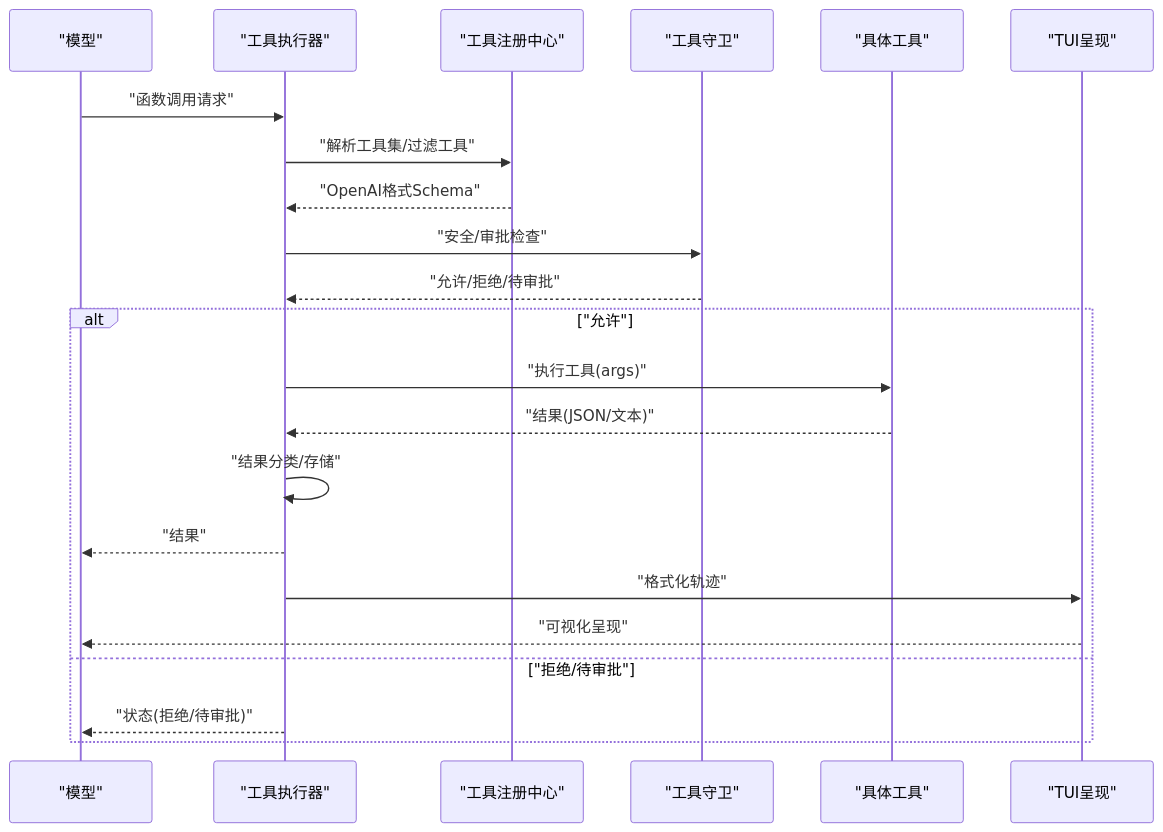
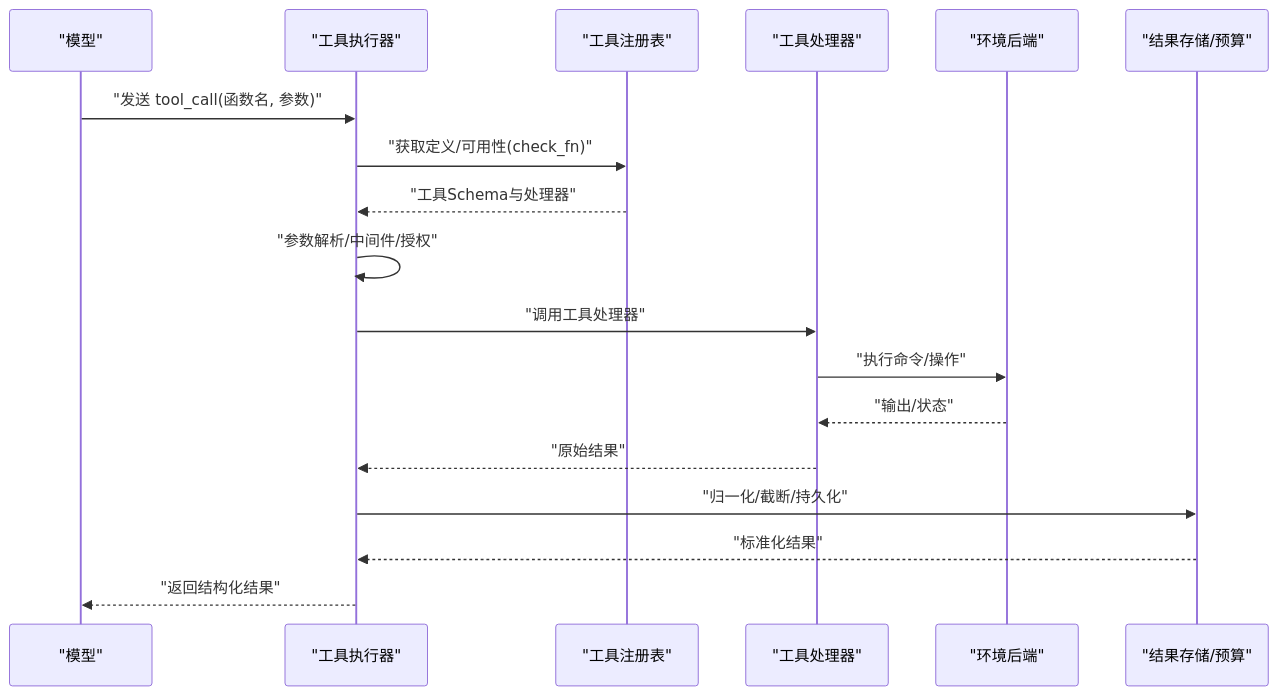
One commit to haolange/hermes-agent changed the second of 9 diagrams in .qoder/repowiki/zh/content/工具系统/工具系统.md. Above: the diagram before and after it, drawn with Mermaid. The commit also changed other lines of this file and 1206 other files, not shown here.

````diff
--- a/.qoder/repowiki/zh/content/工具系统/工具系统.md
+++ b/.qoder/repowiki/zh/content/工具系统/工具系统.md
@@ -154,24 +79,20 @@
 ```mermaid
 sequenceDiagram
-participant Model as "模型"
-participant Exec as "工具执行器"
-participant Reg as "工具注册中心"
-participant Guard as "工具守卫"
-participant Tool as "具体工具"
-participant UI as "TUI呈现"
-Model->>Exec : "函数调用请求"
-Exec->>Reg : "解析工具集/过滤工具"
-Reg-->>Exec : "OpenAI格式Schema"
-Exec->>Guard : "安全/审批检查"
-Guard-->>Exec : "允许/拒绝/待审批"
-alt "允许"
-Exec->>Tool : "执行工具(args)"
-Tool-->>Exec : "结果(JSON/文本)"
-Exec->>Exec : "结果分类/存储"
-Exec-->>Model : "结果"
-Exec->>UI : "格式化轨迹"
-UI-->>Model : "可视化呈现"
-else "拒绝/待审批"
-Exec-->>Model : "状态(拒绝/待审批)"
-end
+participant M as "模型"
+participant TE as "工具执行器"
+participant REG as "工具注册表"
+participant T as "工具处理器"
+participant ENV as "环境后端"
+participant OUT as "结果存储/预算"
+M->>TE : "发送 tool_call(函数名, 参数)"
+TE->>REG : "获取定义/可用性(check_fn)"
+REG-->>TE : "工具Schema与处理器"
+TE->>TE : "参数解析/中间件/授权"
+TE->>T : "调用工具处理器"
+T->>ENV : "执行命令/操作"
+ENV-->>T : "输出/状态"
+T-->>TE : "原始结果"
+TE->>OUT : "归一化/截断/持久化"
+OUT-->>TE : "标准化结果"
+TE-->>M : "返回结构化结果"
 ```
````
